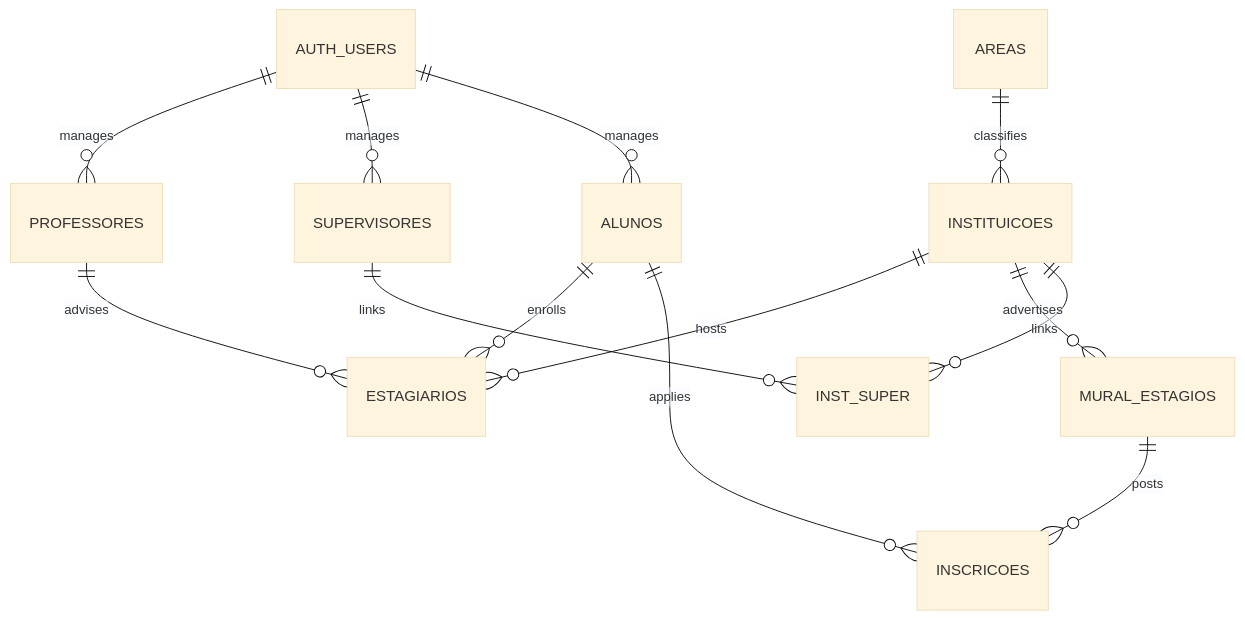
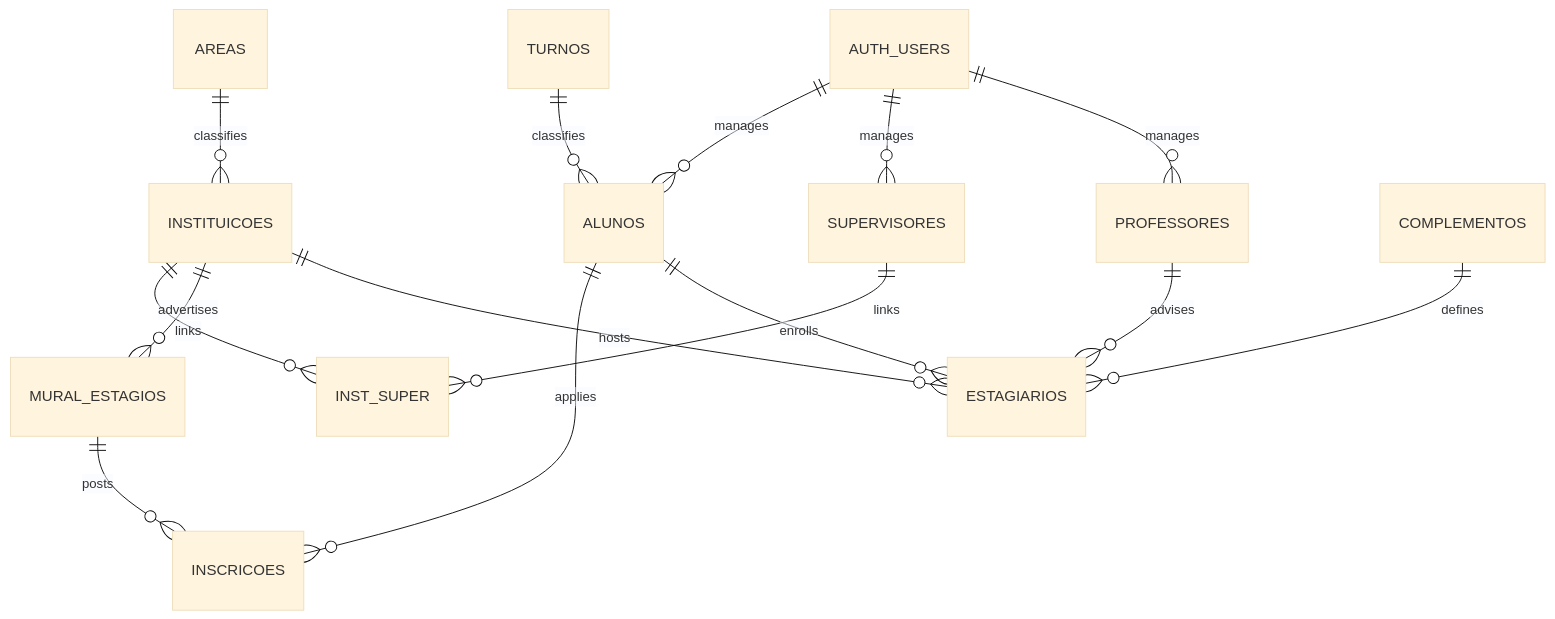
One commit to luiseduacosta/nodemural changed the fifth of 5 diagrams in .qoder/repowiki/en/content/Data Models & Database Design/Data Models & Database Design.md. Above: the diagram before and after it, drawn with Mermaid (base theme). The commit also changed other lines of this file and 30 other files, not shown here.

Commit message:
Update tables schema.

````diff
--- a/.qoder/repowiki/en/content/Data Models & Database Design/Data Models & Database Design.md
+++ b/.qoder/repowiki/en/content/Data Models & Database Design/Data Models & Database Design.md
@@ -531,15 +605,17 @@
 ```mermaid
 erDiagram
 AUTH_USERS ||--o{ PROFESSORES : "manages"
 AUTH_USERS ||--o{ SUPERVISORES : "manages"
 AUTH_USERS ||--o{ ALUNOS : "manages"
 AREAS ||--o{ INSTITUICOES : "classifies"
 INSTITUICOES ||--o{ ESTAGIARIOS : "hosts"
 INSTITUICOES ||--o{ MURAL_ESTAGIOS : "advertises"
 INSTITUICOES ||--o{ INST_SUPER : "links"
 SUPERVISORES ||--o{ INST_SUPER : "links"
 ALUNOS ||--o{ ESTAGIARIOS : "enrolls"
 ALUNOS ||--o{ INSCRICOES : "applies"
 MURAL_ESTAGIOS ||--o{ INSCRICOES : "posts"
 PROFESSORES ||--o{ ESTAGIARIOS : "advises"
+COMPLEMENTOS ||--o{ ESTAGIARIOS : "defines"
+TURNOS ||--o{ ALUNOS : "classifies"
 ```
````
